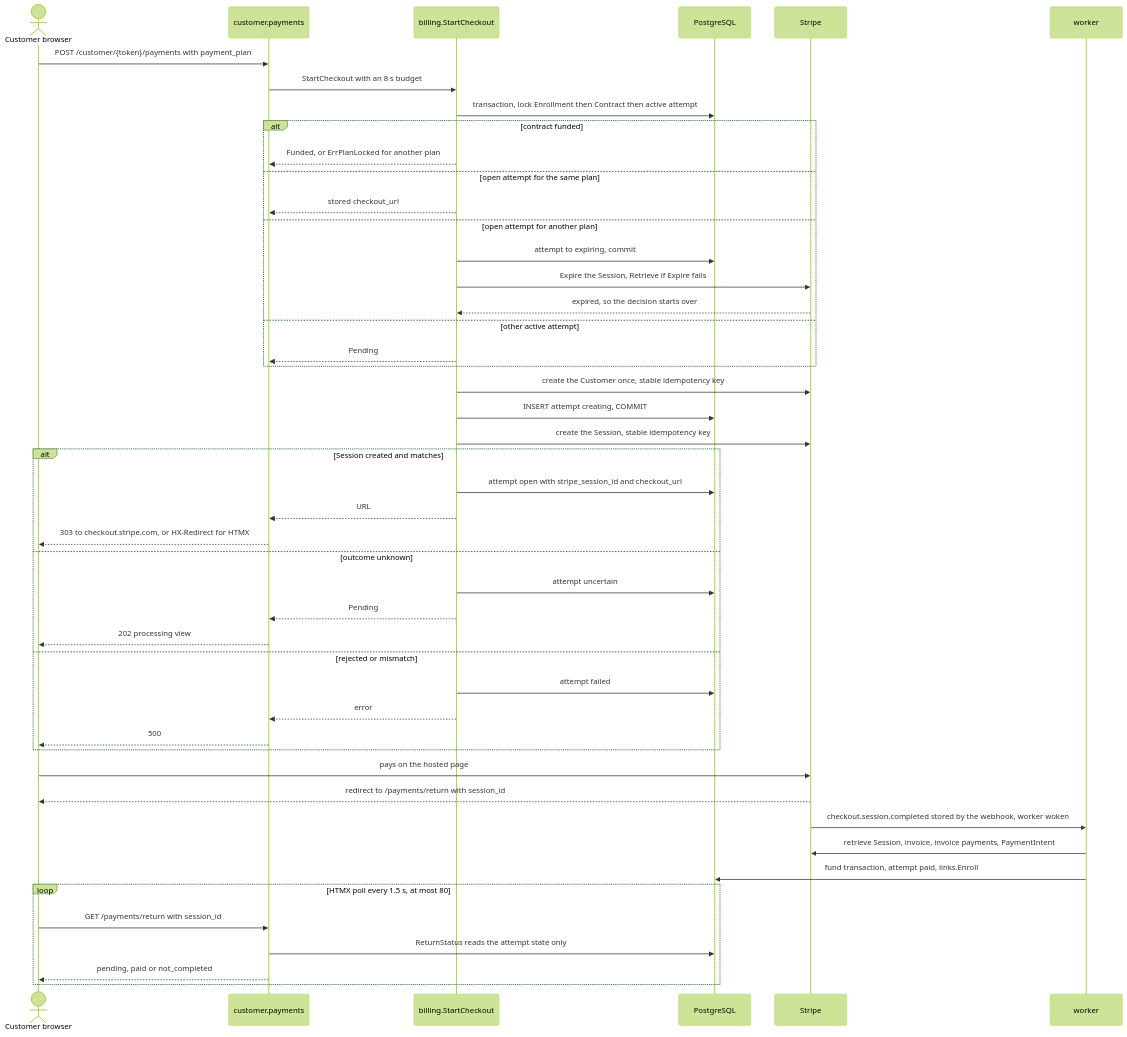
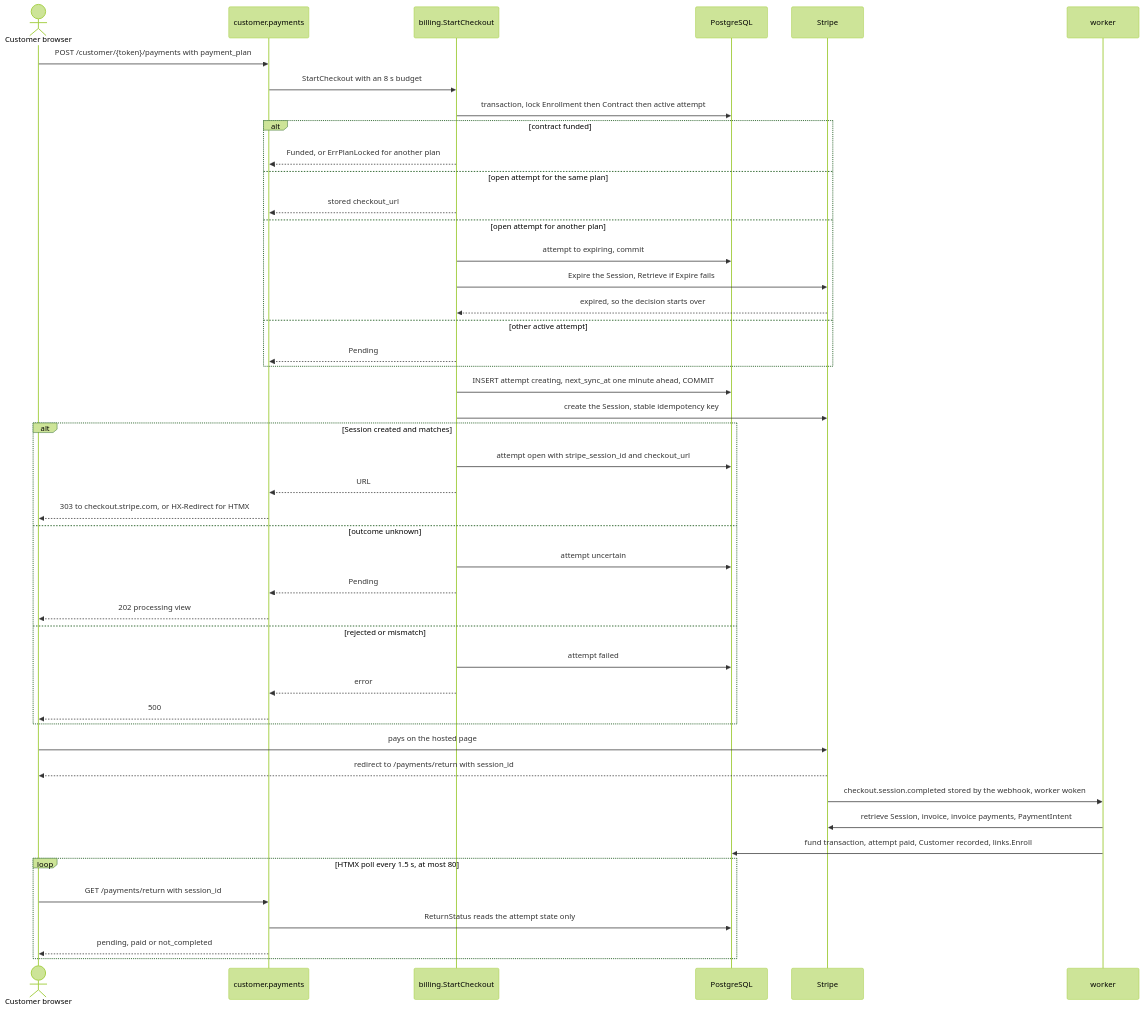
One commit to devGabriel131/ProjectHermes changed the second of 2 diagrams in docs/billing/checkout.md. Above: the diagram before and after it, drawn with Mermaid (forest theme). The commit also changed other lines of this file and 38 other files, not shown here.

Commit message:
refactor(billing): let Checkout create the Customer and keep the checkout decision DB-only

````diff
--- a/docs/billing/checkout.md
+++ b/docs/billing/checkout.md
@@ -68,50 +68,49 @@
 ```mermaid
 sequenceDiagram
   actor C as Customer browser
   participant H as customer.payments
   participant B as billing.StartCheckout
   participant DB as PostgreSQL
   participant S as Stripe
   participant W as worker
 
   C->>H: POST /customer/{token}/payments with payment_plan
   H->>B: StartCheckout with an 8 s budget
   B->>DB: transaction, lock Enrollment then Contract then active attempt
   alt contract funded
     B-->>H: Funded, or ErrPlanLocked for another plan
   else open attempt for the same plan
     B-->>H: stored checkout_url
   else open attempt for another plan
     B->>DB: attempt to expiring, commit
     B->>S: Expire the Session, Retrieve if Expire fails
     S-->>B: expired, so the decision starts over
   else other active attempt
     B-->>H: Pending
   end
-  B->>S: create the Customer once, stable idempotency key
-  B->>DB: INSERT attempt creating, COMMIT
+  B->>DB: INSERT attempt creating, next_sync_at one minute ahead, COMMIT
   B->>S: create the Session, stable idempotency key
   alt Session created and matches
     B->>DB: attempt open with stripe_session_id and checkout_url
     B-->>H: URL
     H-->>C: 303 to checkout.stripe.com, or HX-Redirect for HTMX
   else outcome unknown
     B->>DB: attempt uncertain
     B-->>H: Pending
     H-->>C: 202 processing view
   else rejected or mismatch
     B->>DB: attempt failed
     B-->>H: error
     H-->>C: 500
   end
   C->>S: pays on the hosted page
   S-->>C: redirect to /payments/return with session_id
   S->>W: checkout.session.completed stored by the webhook, worker woken
   W->>S: retrieve Session, invoice, invoice payments, PaymentIntent
-  W->>DB: fund transaction, attempt paid, links.Enroll
+  W->>DB: fund transaction, attempt paid, Customer recorded, links.Enroll
   loop HTMX poll every 1.5 s, at most 80
     C->>H: GET /payments/return with session_id
     H->>DB: ReturnStatus reads the attempt state only
     H-->>C: pending, paid or not_completed
   end
 ```
````
